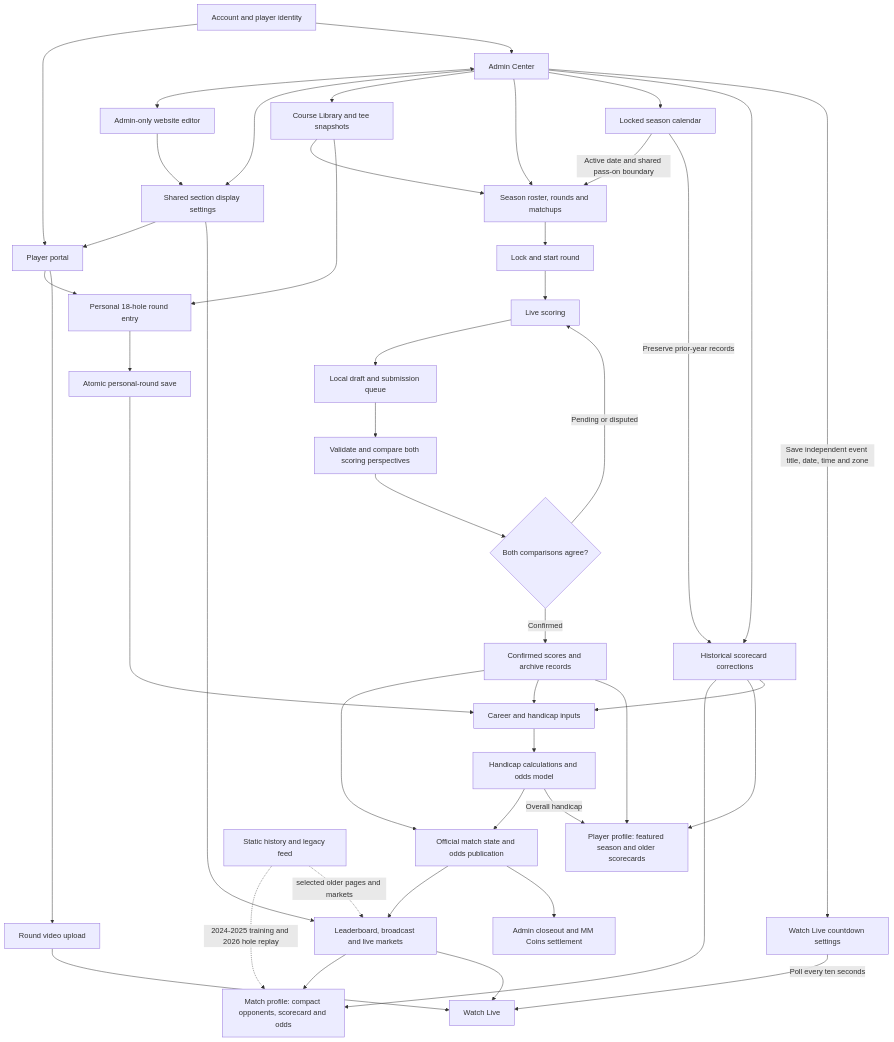
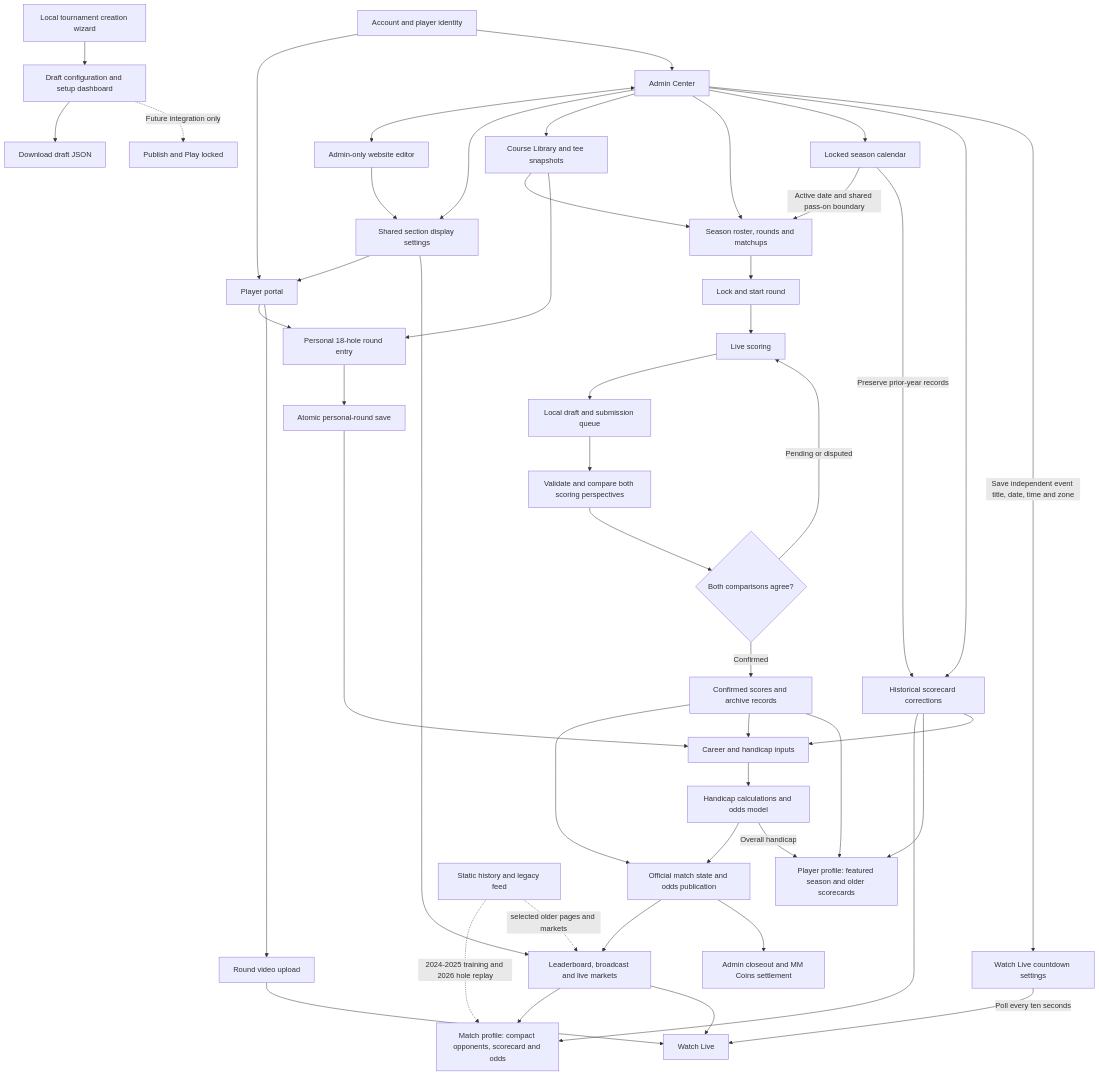
One commit to cadebarone00/MM-Website changed the diagram in docs/app-workflow.md. Above: the diagram before and after it, drawn with Mermaid. The commit also changed other lines of this file and 14 other files, not shown here.

````diff
--- a/docs/app-workflow.md
+++ b/docs/app-workflow.md
@@ -9,5 +9,8 @@
 ```mermaid
 flowchart TD
+  DW[Local tournament creation wizard] --> DD[Draft configuration and setup dashboard]
+  DD --> DJ[Download draft JSON]
+  DD -. Future integration only .-> DP[Publish and Play locked]
   %% Journal header: The Maroon left and Tournament site right with edge padding; hero category buttons hold dropdowns on desktop/mobile.
   %% Desktop footer: /website alone shows the sponsor band and cutout; Journal and other public pages keep only the maroon information band.
   %% Home Highlights follows the Home display year: curated 2026 archive results with match links; unpopulated years are blank and do not inherit 2026 entries.
````
